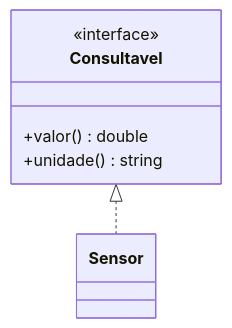
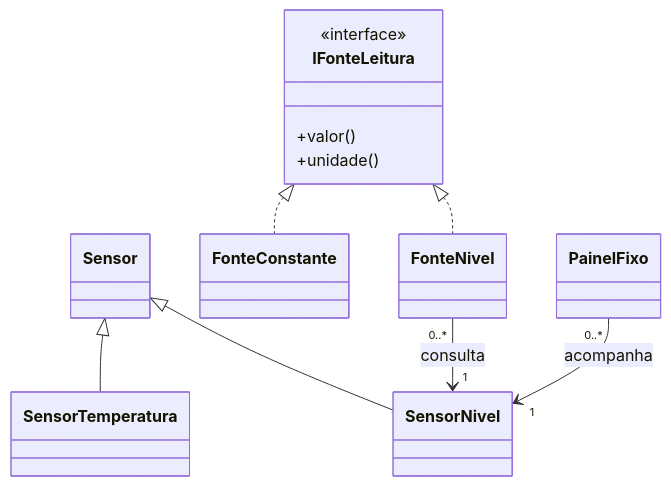
One commit to rafaelrezo/curso-poo changed the third of 3 diagrams in docs/modelagem_analise_codigo/index.md. Above: the diagram before and after it, drawn with Mermaid. The commit also changed other lines of this file and 23 other files, not shown here.

````diff
--- a/docs/modelagem_analise_codigo/index.md
+++ b/docs/modelagem_analise_codigo/index.md
@@ -203,9 +244,14 @@
 ```mermaid
 classDiagram
-    class Consultavel {
+    Sensor <|-- SensorNivel
+    Sensor <|-- SensorTemperatura
+    class IFonteLeitura {
         <<interface>>
-        +valor() double
-        +unidade() string
+        +valor()
+        +unidade()
     }
-    Consultavel <|.. Sensor
+    IFonteLeitura <|.. FonteNivel
+    IFonteLeitura <|.. FonteConstante
+    FonteNivel "0..*" --> "1" SensorNivel : consulta
+    PainelFixo "0..*" --> "1" SensorNivel : acompanha
 ```
````
